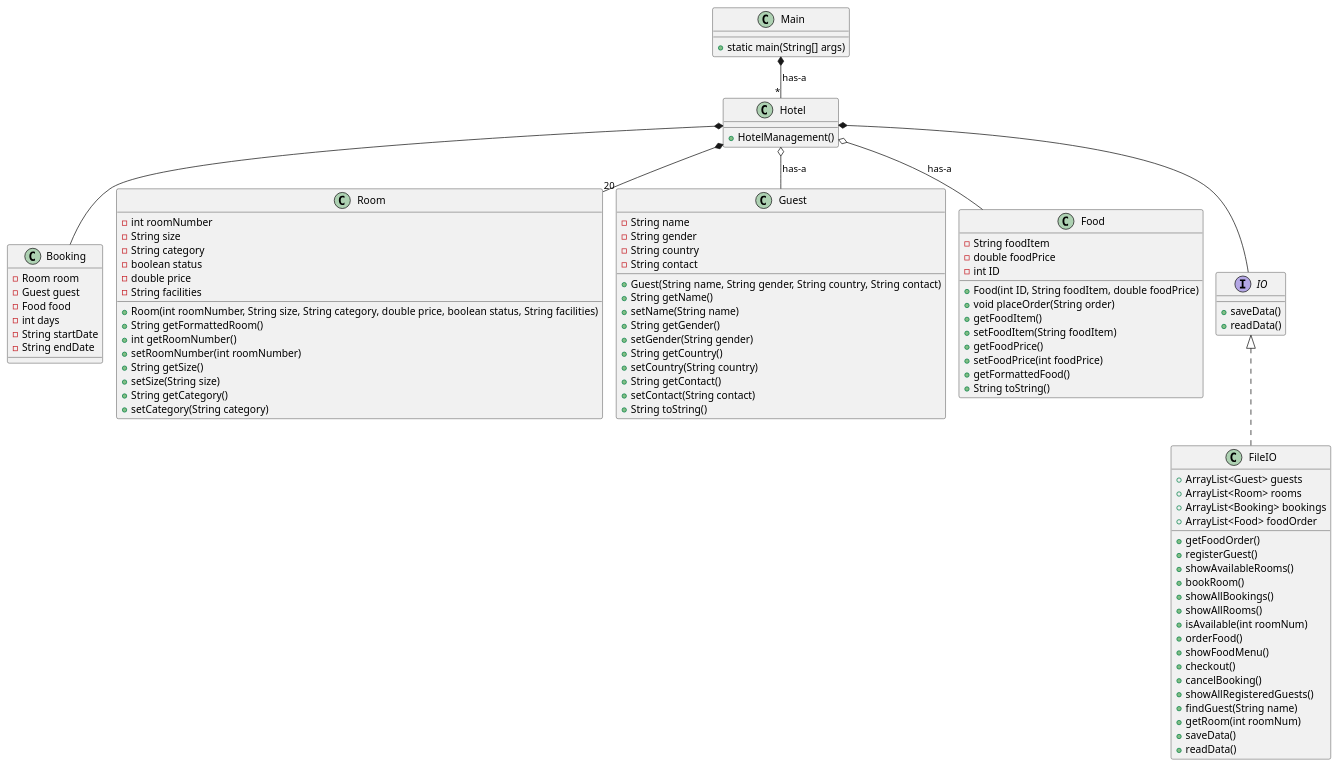
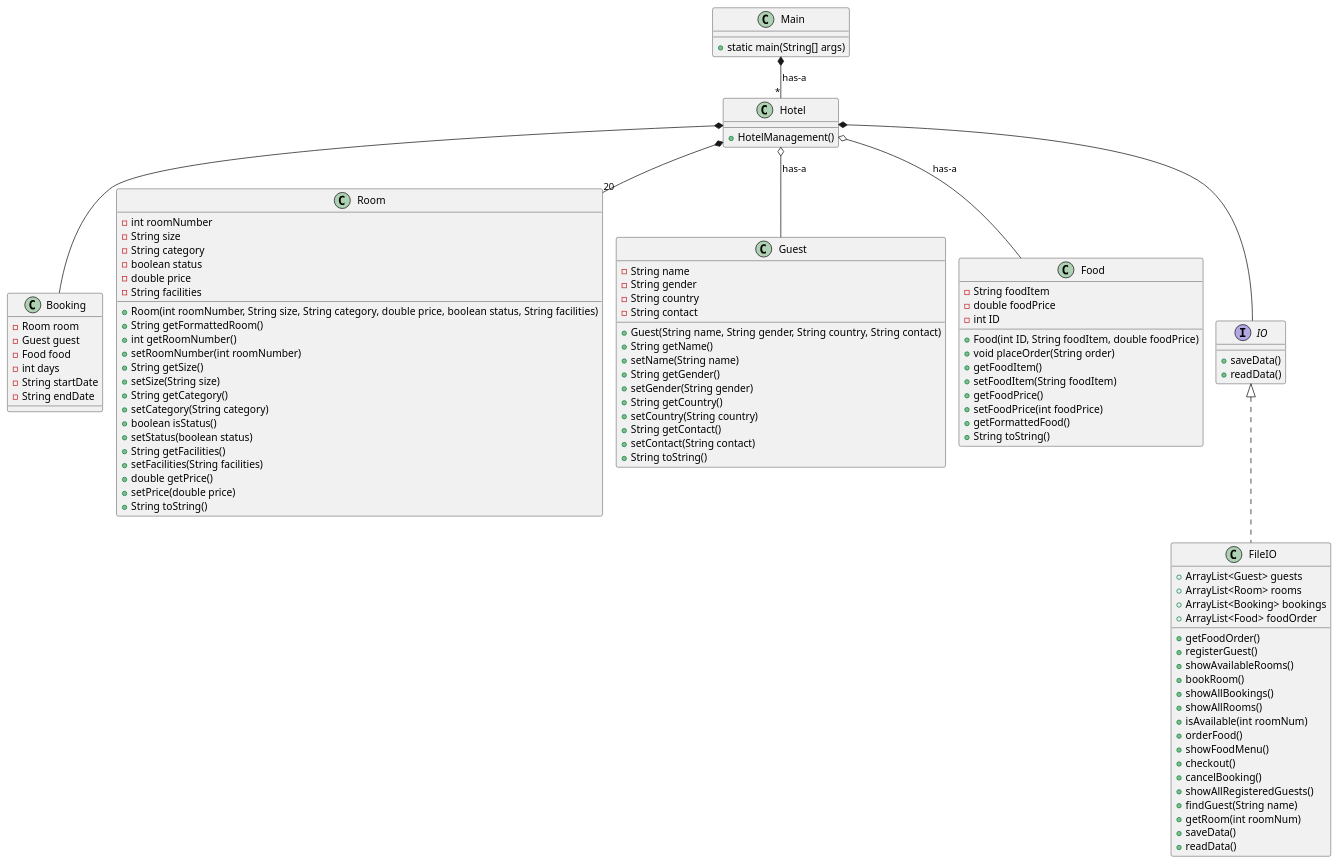
The diagram in Documentation/Klassediagram.puml (Aleks1075/HotelManagementSystemFinal), drawn with PlantUML before and after one commit.

```diff
--- a/Documentation/Klassediagram.puml
+++ b/Documentation/Klassediagram.puml
@@ -1,105 +1,110 @@
 @startuml
 
 !pragma layout smetana
 
 class Main
 class Hotel
 class Booking
 class Room
 class Guest
 class Food
 class FileIO
 interface IO
 
 Main *-- "*" Hotel: has-a
 Hotel *-- Booking
 Hotel *-- "20" Room
 Hotel o-- Guest: has-a
 Hotel *-- IO
 IO <|.. FileIO
 Hotel o-- Food: has-a
 
 Main : + static main(String[] args)
 Hotel :  +HotelManagement()
 
 Booking : -Room room
 Booking : -Guest guest
 Booking : -Food food
 Booking : -int days
 Booking : -String startDate
 Booking : -String endDate
 
 Room : -int roomNumber
 Room : -String size
 Room : -String category
 Room : -boolean status
 Room : -double price
 Room : -String facilities
 
 Guest : -String name
 Guest : -String gender
 Guest : -String country
 Guest : -String contact
 
 Food : -String foodItem
 Food : -double foodPrice
 Food : -int ID
 
 FileIO : +ArrayList<Guest> guests
 FileIO : +ArrayList<Room> rooms
 FileIO : +ArrayList<Booking> bookings
 FileIO : +ArrayList<Food> foodOrder
 
 IO : + saveData()
 IO : + readData()
 
 FileIO : +getFoodOrder()
 FileIO : +registerGuest()
 FileIO : +showAvailableRooms()
 FileIO : +bookRoom()
 FileIO : +showAllBookings()
 FileIO : +showAllRooms()
 FileIO : +isAvailable(int roomNum)
 FileIO : +orderFood()
 FileIO : +showFoodMenu()
 FileIO : +checkout()
 FileIO : +cancelBooking()
 FileIO : +showAllRegisteredGuests()
 FileIO : +findGuest(String name)
 FileIO : +getRoom(int roomNum)
 FileIO : +saveData()
 FileIO : +readData()
 
 Food : +Food(int ID, String foodItem, double foodPrice)
 Food : +void placeOrder(String order)
 Food : +getFoodItem()
 Food : +setFoodItem(String foodItem)
 Food : +getFoodPrice()
 Food : +setFoodPrice(int foodPrice)
 Food : +getFormattedFood()
 Food : +String toString()
 
 Guest : +Guest(String name, String gender, String country, String contact)
 Guest : +String getName()
 Guest : +setName(String name)
 Guest : +String getGender()
 Guest : +setGender(String gender)
 Guest : +String getCountry()
 Guest : +setCountry(String country)
 Guest : +String getContact()
 Guest : +setContact(String contact)
 Guest : +String toString()
 
 Room : +Room(int roomNumber, String size, String category, double price, boolean status, String facilities)
 Room : +String getFormattedRoom()
 Room : +int getRoomNumber()
 Room : +setRoomNumber(int roomNumber)
 Room : +String getSize()
 Room : +setSize(String size)
 Room : +String getCategory()
 Room : +setCategory(String category)
-
-
+Room : +boolean isStatus()
+Room : +setStatus(boolean status)
+Room : +String getFacilities()
+Room : +setFacilities(String facilities)
+Room : +double getPrice()
+Room : +setPrice(double price)
+Room : +String toString()
 
 
 @enduml
```
